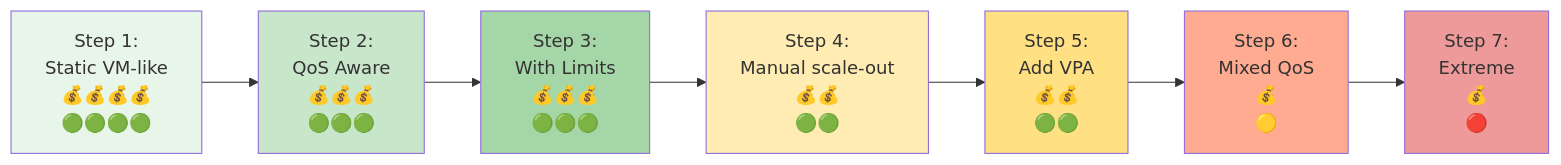
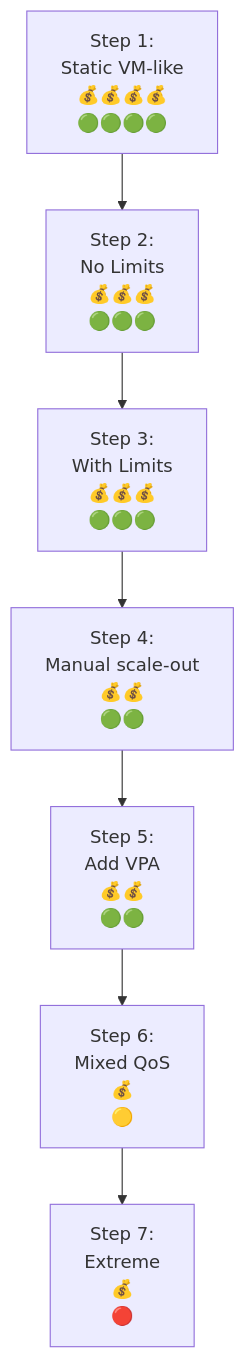
One commit to abossard/k8s-demo-time changed the first of 2 diagrams in k8s/bin-packing/README.md. Above: the diagram before and after it, drawn with Mermaid. The commit also changed 6 other files, not shown here.

````diff
--- a/k8s/bin-packing/README.md
+++ b/k8s/bin-packing/README.md
@@ -27,17 +27,11 @@
 ```mermaid
-flowchart LR
-    A["Step 1:<br/>Static VM-like<br/>💰💰💰💰<br/>🟢🟢🟢🟢"] --> B["Step 2:<br/>QoS Aware<br/>💰💰💰<br/>🟢🟢🟢"]
+flowchart TB
+    A["Step 1:<br/>Static VM-like<br/>💰💰💰💰<br/>🟢🟢🟢🟢"] --> B["Step 2:<br/>No Limits<br/>💰💰💰<br/>🟢🟢🟢"]
     B --> C["Step 3:<br/>With Limits<br/>💰💰💰<br/>🟢🟢🟢"]
     C --> D["Step 4:<br/>Manual scale-out<br/>💰💰<br/>🟢🟢"]
     D --> E["Step 5:<br/>Add VPA<br/>💰💰<br/>🟢🟢"]
     E --> F["Step 6:<br/>Mixed QoS<br/>💰<br/>🟡"]
     F --> G["Step 7:<br/>Extreme<br/>💰<br/>🔴"]
     
-    style A fill:#e8f5e9
-    style B fill:#c8e6c9
-    style C fill:#a5d6a7
-    style D fill:#ffecb3
-    style E fill:#ffe082
-    style F fill:#ffab91
-    style G fill:#ef9a9a
+   
 ```
````
